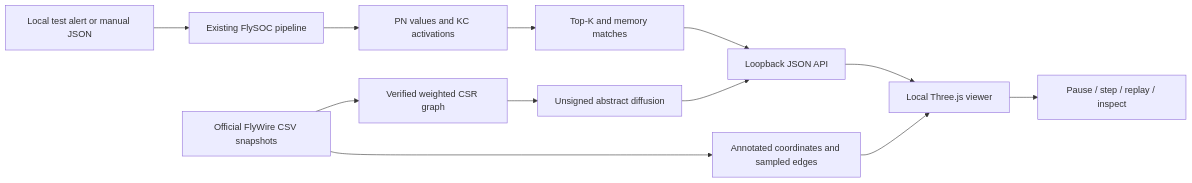
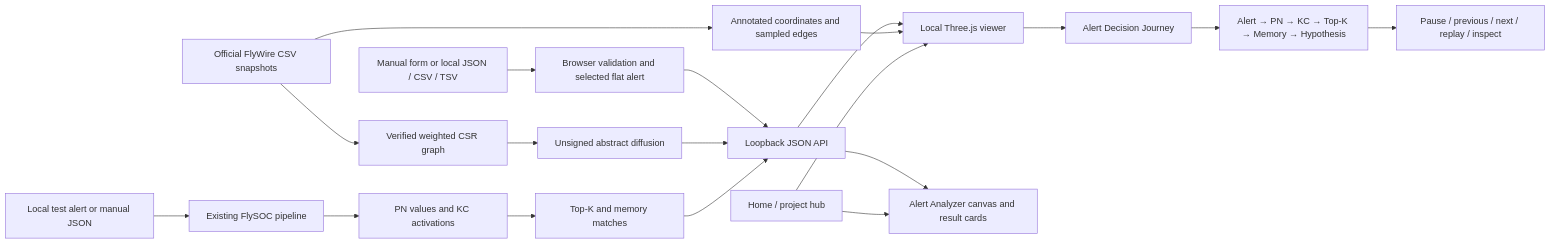
One commit to lucaslapinho/FlySOC changed the first of 3 diagrams in docs/architecture.md. Above: the diagram before and after it, drawn with Mermaid. The commit also changed other lines of this file and 43 other files, not shown here.

Commit message:
Integrate FlySOC research platform and alert analyzer

````diff
--- a/docs/architecture.md
+++ b/docs/architecture.md
@@ -5,14 +5,21 @@
 ```mermaid
 flowchart LR
+    Q[Home / project hub] --> J
+    Q --> P
     A[Local test alert or manual JSON] --> B[Existing FlySOC pipeline]
     B --> C[PN values and KC activations]
     C --> D[Top-K and memory matches]
     D --> E[Loopback JSON API]
     F[Official FlyWire CSV snapshots] --> G[Verified weighted CSR graph]
     G --> H[Unsigned abstract diffusion]
     H --> E
     F --> I[Annotated coordinates and sampled edges]
     I --> J[Local Three.js viewer]
     E --> J
-    J --> K[Pause / step / replay / inspect]
+    J --> K[Alert Decision Journey]
+    K --> L[Alert → PN → KC → Top-K → Memory → Hypothesis]
+    L --> M[Pause / previous / next / replay / inspect]
+    N[Manual form or local JSON / CSV / TSV] --> O[Browser validation and selected flat alert]
+    O --> E
+    E --> P[Alert Analyzer canvas and result cards]
 ```
````
